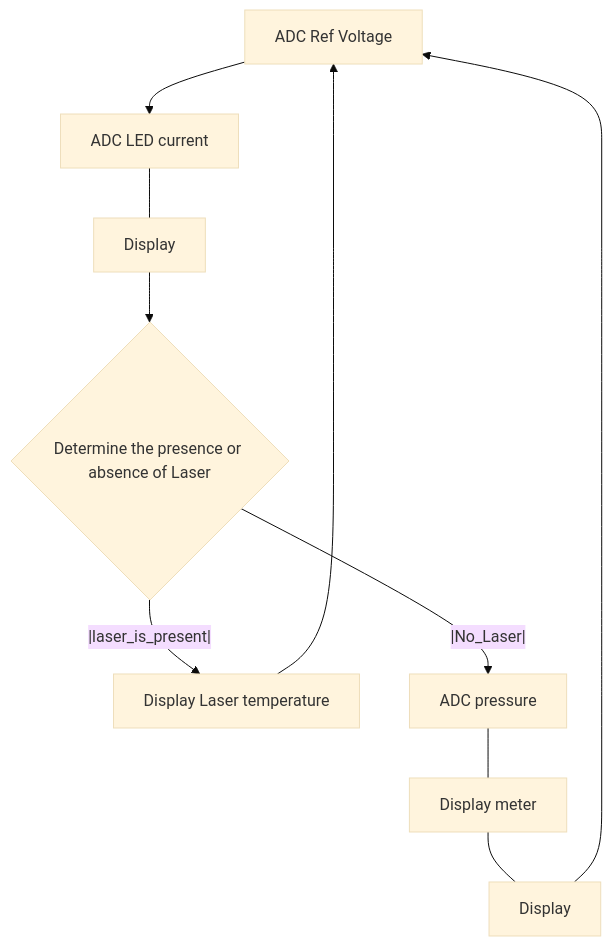
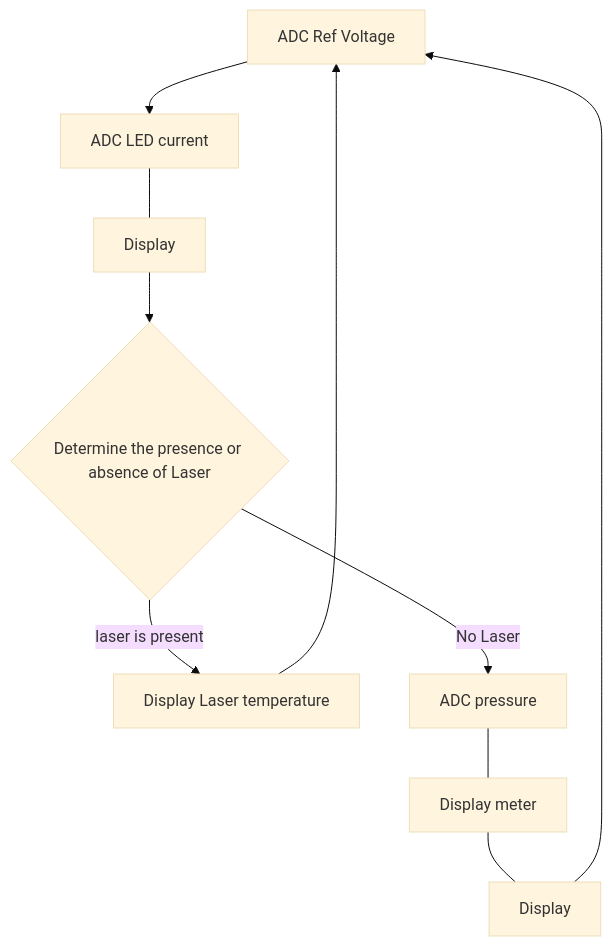
One commit to agysft/CPnP_Z changed the diagram in README.md. Above: the diagram before and after it, drawn with Mermaid (base theme).

````diff
--- a/README.md
+++ b/README.md
@@ -5,12 +5,12 @@
 ```mermaid
 flowchart TD;
     A[ADC Ref Voltage]-->B[ADC LED current];
     B---H[Display];
     H-->C{Determine the presence or absence of Laser};
-    C--|laser_is_present|-->D[Display Laser temperature];
+    C-->|laser is present|D[Display Laser temperature];
     D-->A;
-    C--|No_Laser|-->E[ADC pressure];
+    C-->|No Laser|E[ADC pressure];
     E---F[Display meter];
     F---G[Display];
     G-->A;
 ```
````
